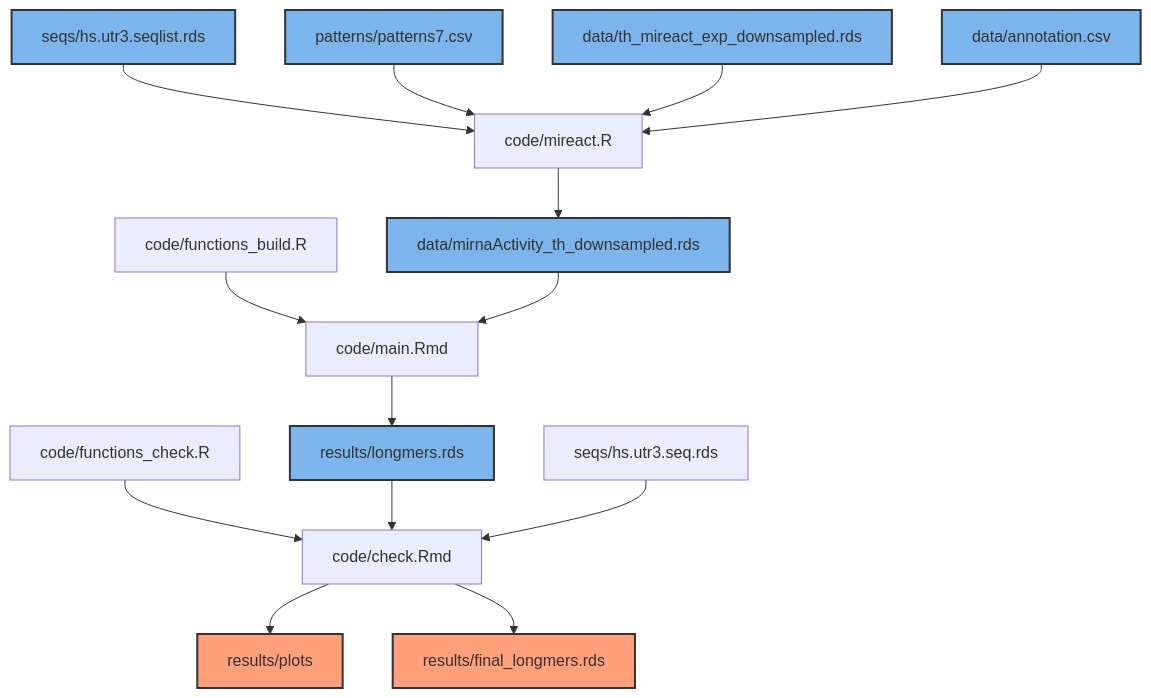
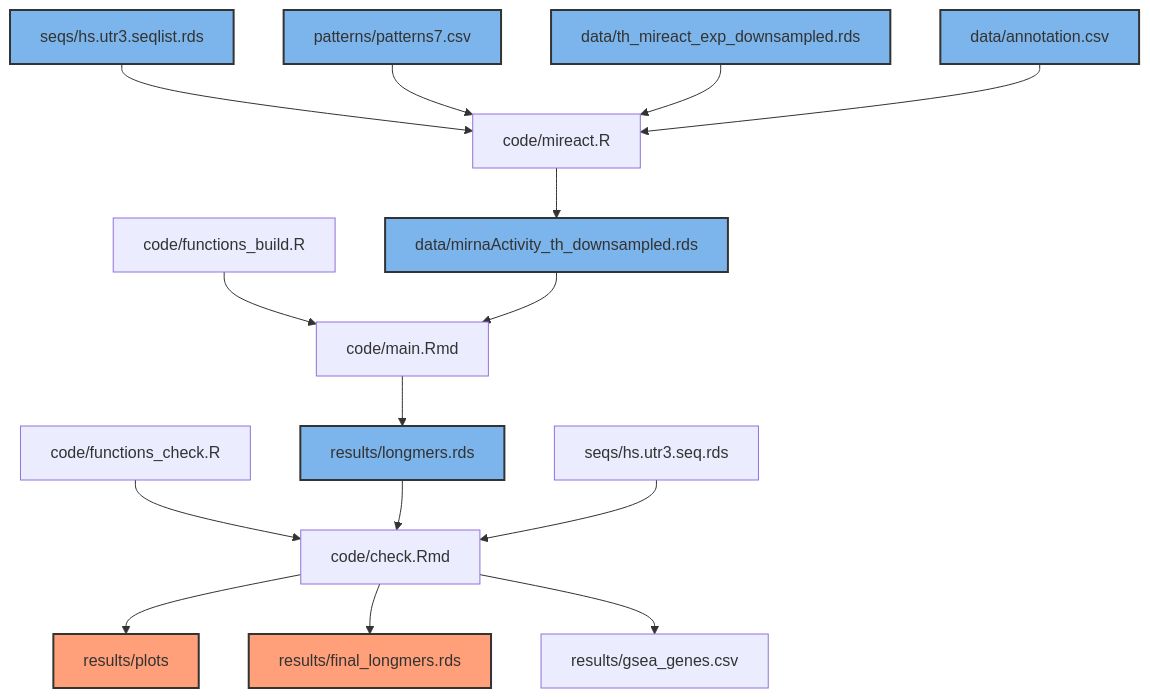
Before and after one commit to PaulaRodrigoMartin/longermer: the diagram in README.md, drawn with Mermaid.

````diff
--- a/README.md
+++ b/README.md
@@ -4,47 +4,48 @@
 ```mermaid
 graph TD;
     seqlist[seqs/hs.utr3.seqlist.rds]
     seqs[seqs/hs.utr3.seq.rds]
     mireact_input[data/th_mireact_exp_downsampled.rds]
     miReact_output[data/mirnaActivity_th_downsampled.rds]
     7mers[patterns/patterns7.csv]
     annotation[data/annotation.csv]
     miReact[code/mireact.R]
     functions[code/functions_build.R]
     functionsc[code/functions_check.R]
     main_notebook[code/main.Rmd]
     check_notebook[code/check.Rmd]
-    %%GSEA[code/GSEA.Rmd]
+    GSEA[results/gsea_genes.csv]
     plots[results/plots]
     longmers[results/longmers.rds]
     finallongmers[results/final_longmers.rds]
     
 
     style seqlist fill:#7cb5ec,stroke:#333,stroke-width:2px;
     style miReact_output fill:#7cb5ec,stroke:#333,stroke-width:2px;
     style 7mers fill:#7cb5ec,stroke:#333,stroke-width:2px;
     style mireact_input fill:#7cb5ec,stroke:#333,stroke-width:2px;
     %%style seqs fill:#7cb5ec,stroke:#333,stroke-width:2px;
     style annotation fill:#7cb5ec,stroke:#333,stroke-width:2px;
     style longmers fill:#7cb5ec,stroke:#333,stroke-width:2px;
     style finallongmers fill:#FFA07A,stroke:#333,stroke-width:2px;
     style plots fill:#FFA07A,stroke:#333,stroke-width:2px;
 
 
     seqlist-->miReact
     7mers-->miReact
     mireact_input-->miReact
     annotation-->miReact
     miReact-->miReact_output
     functions-->main_notebook
     functionsc-->check_notebook
     main_notebook-->longmers
     longmers-->check_notebook
     check_notebook-->plots
     check_notebook-->finallongmers
+    check_notebook-->GSEA
     %%finallongmers-->GSEA
     %%seqs-->GSEA
     miReact_output-->main_notebook
     seqs --> check_notebook
 
 ```
````
